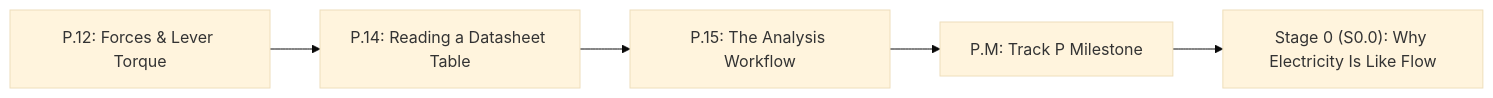
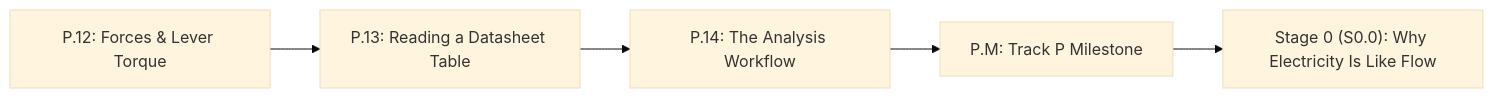
Before and after one commit to TLE47/Mechatronics-Roadmap: the diagram in track-p/P.M-track-p-milestone.md, drawn with Mermaid (base theme). The commit also changed other lines of this file and 51 other files, not shown here.

````diff
--- a/track-p/P.M-track-p-milestone.md
+++ b/track-p/P.M-track-p-milestone.md
@@ -42,7 +42,7 @@
 ```mermaid
 flowchart LR
-    P12["P.12: Forces & Lever Torque"] --> P14["P.14: Reading a Datasheet Table"]
-    P14 --> P15["P.15: The Analysis Workflow"]
+    P12["P.12: Forces & Lever Torque"] --> P14["P.13: Reading a Datasheet Table"]
+    P14 --> P15["P.14: The Analysis Workflow"]
     P15 --> PM["P.M: Track P Milestone"]
     PM --> S00["Stage 0 (S0.0): Why Electricity Is Like Flow"]
 ```
````
